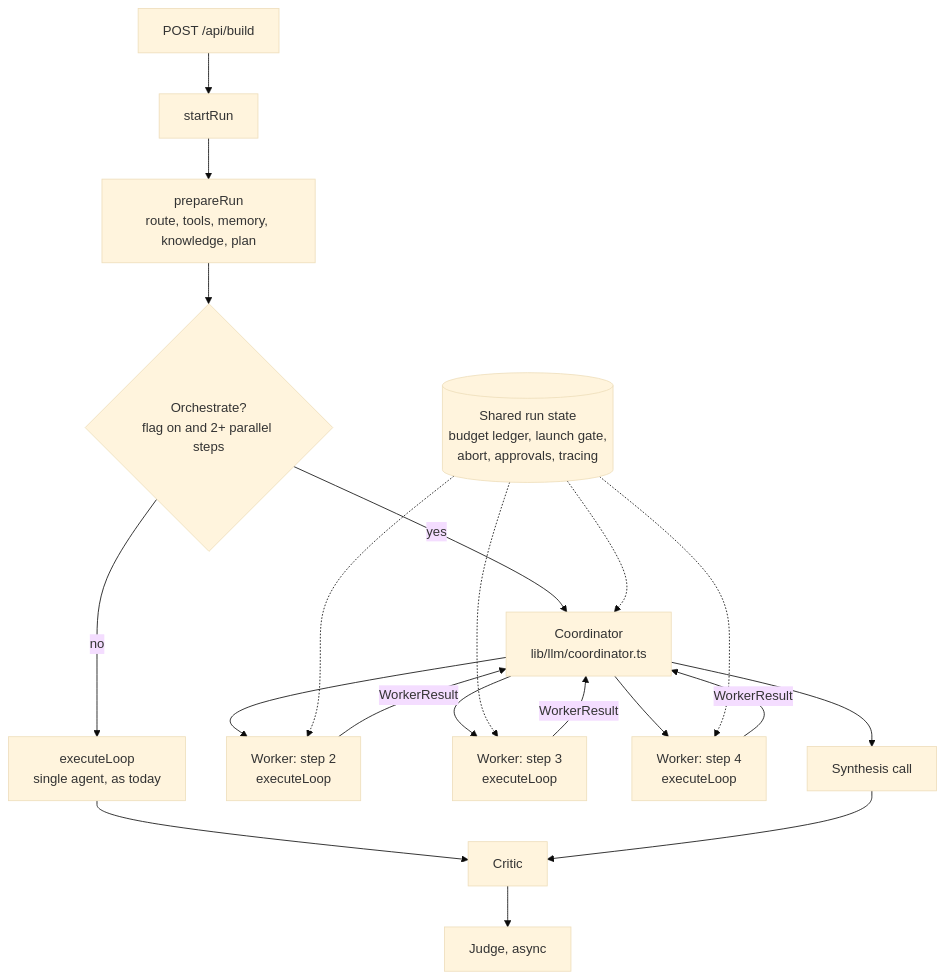
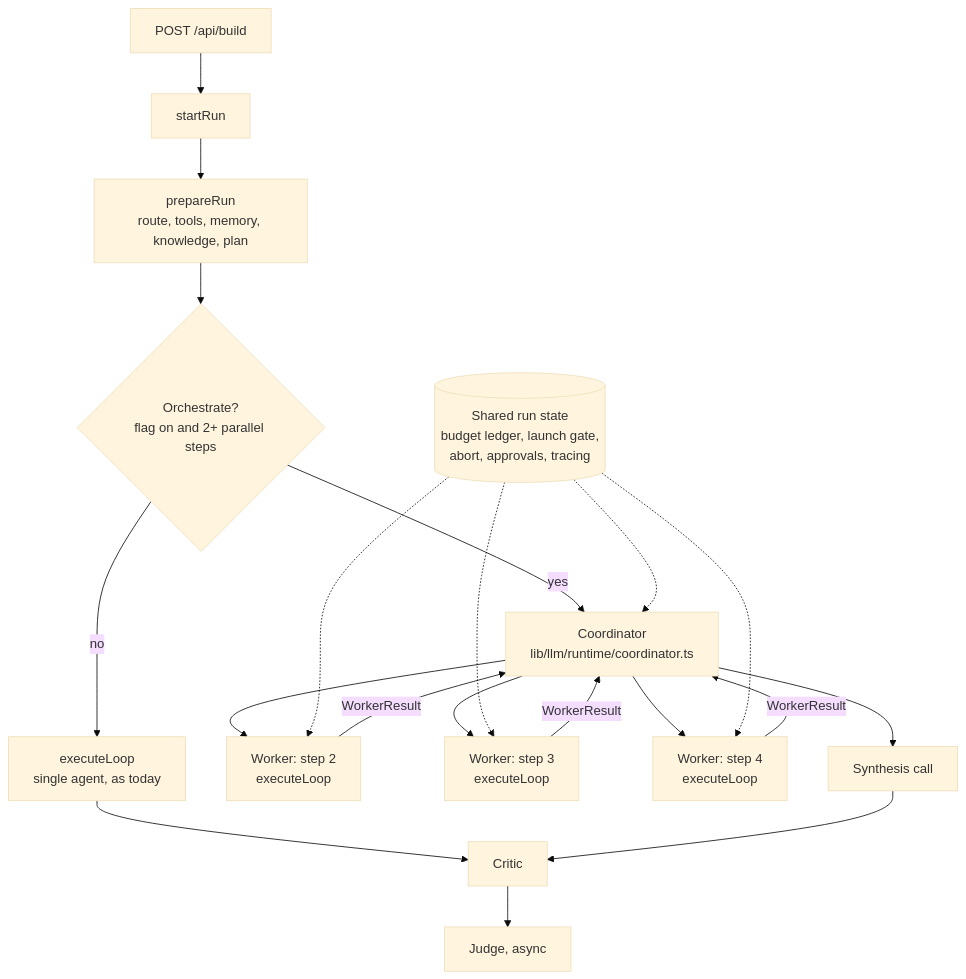
One commit to chaunceyplum/NEXT_HARNESS changed the second of 3 diagrams in .kiro/specs/orchestrator-workers/design.md. Above: the diagram before and after it, drawn with Mermaid (base theme). The commit also changed other lines of this file and 143 other files, not shown here.

First line of the commit message:
refactor(llm): group lib/llm into runtime, tools, models, quality and domains

````diff
--- a/.kiro/specs/orchestrator-workers/design.md
+++ b/.kiro/specs/orchestrator-workers/design.md
@@ -37,22 +37,22 @@
 ```mermaid
 flowchart TD
   A[POST /api/build] --> B[startRun]
   B --> P[prepareRun<br/>route, tools, memory, knowledge, plan]
   P --> D{Orchestrate?<br/>flag on and 2+ parallel steps}
   D -- no --> E[executeLoop<br/>single agent, as today]
-  D -- yes --> C[Coordinator<br/>lib/llm/coordinator.ts]
+  D -- yes --> C[Coordinator<br/>lib/llm/runtime/coordinator.ts]
   C --> W1[Worker: step 2<br/>executeLoop]
   C --> W2[Worker: step 3<br/>executeLoop]
   C --> W3[Worker: step 4<br/>executeLoop]
   W1 -- WorkerResult --> C
   W2 -- WorkerResult --> C
   W3 -- WorkerResult --> C
   C --> Y[Synthesis call]
   E --> K[Critic]
   Y --> K
   K --> J[Judge, async]
   S[(Shared run state<br/>budget ledger, launch gate,<br/>abort, approvals, tracing)] -.-> C
   S -.-> W1
   S -.-> W2
   S -.-> W3
 ```
````
